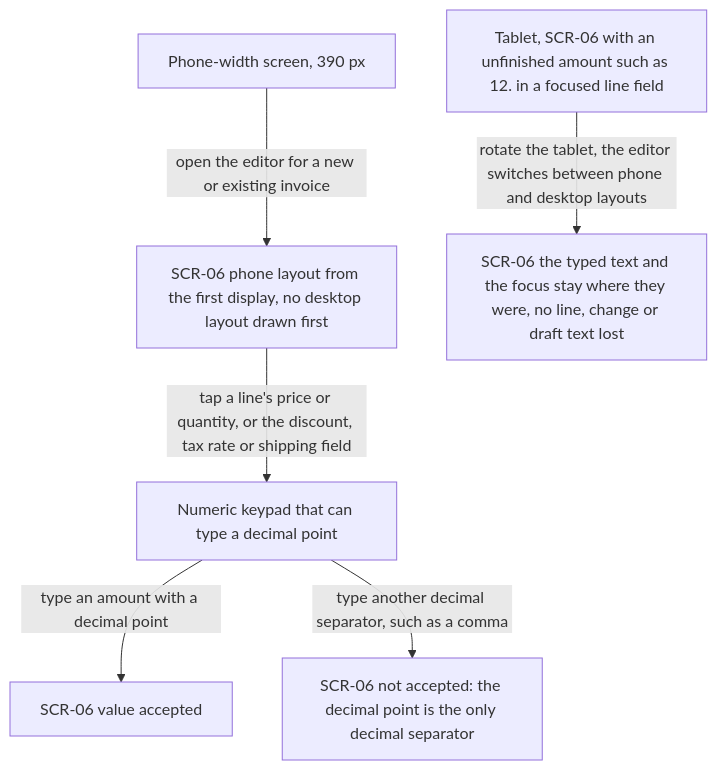
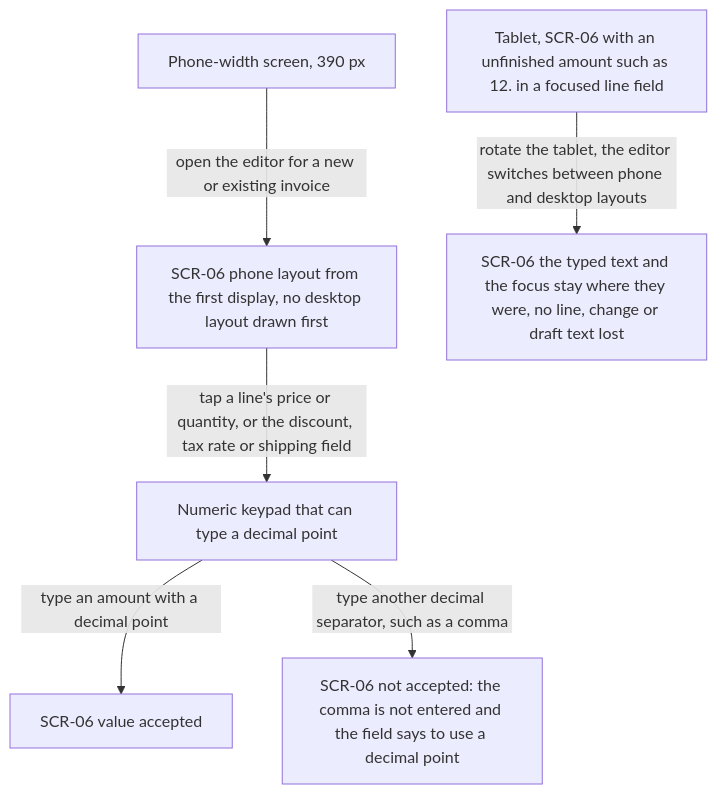
Before and after one commit to GopkoDev/invoiceForge: the seventh of 7 diagrams in docs/features/editor-ux/ux-flows.md, drawn with Mermaid. The commit also changed other lines of this file and 7 other files, not shown here.

First line of the commit message:
fix(editor-ux): reject every comma in amount fields and tell the Freelancer to use a decimal point

````diff
--- a/docs/features/editor-ux/ux-flows.md
+++ b/docs/features/editor-ux/ux-flows.md
@@ -178,8 +178,8 @@
 ```mermaid
 flowchart TD
     K0["Phone-width screen, 390 px"] -->|"open the editor for a new or existing invoice"| K1["SCR-06 phone layout from the first display, no desktop layout drawn first"]
     K1 -->|"tap a line's price or quantity, or the discount, tax rate or shipping field"| K2["Numeric keypad that can type a decimal point"]
     K2 -->|"type an amount with a decimal point"| K3["SCR-06 value accepted"]
-    K2 -->|"type another decimal separator, such as a comma"| K4["SCR-06 not accepted: the decimal point is the only decimal separator"]
+    K2 -->|"type another decimal separator, such as a comma"| K4["SCR-06 not accepted: the comma is not entered and the field says to use a decimal point"]
     M0["Tablet, SCR-06 with an unfinished amount such as 12. in a focused line field"] -->|"rotate the tablet, the editor switches between phone and desktop layouts"| M1["SCR-06 the typed text and the focus stay where they were, no line, change or draft text lost"]
 ```
````
